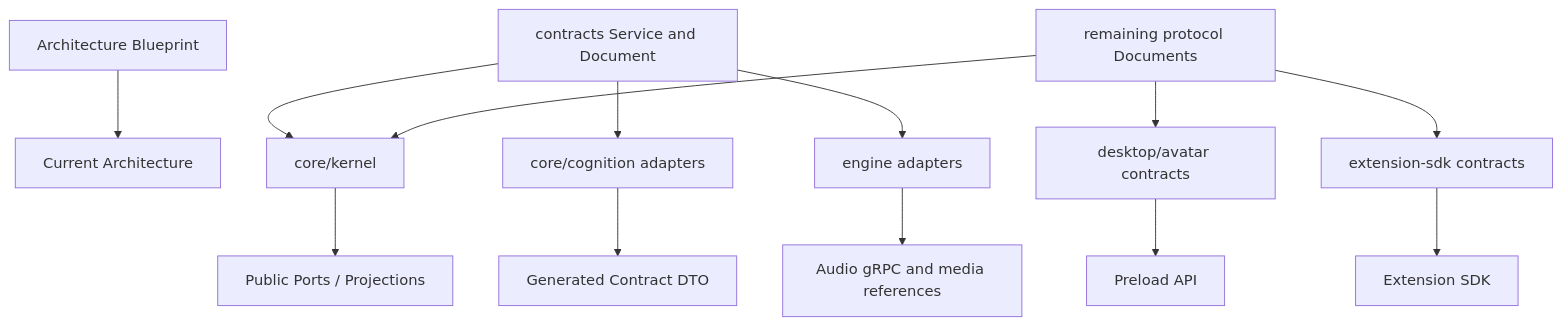
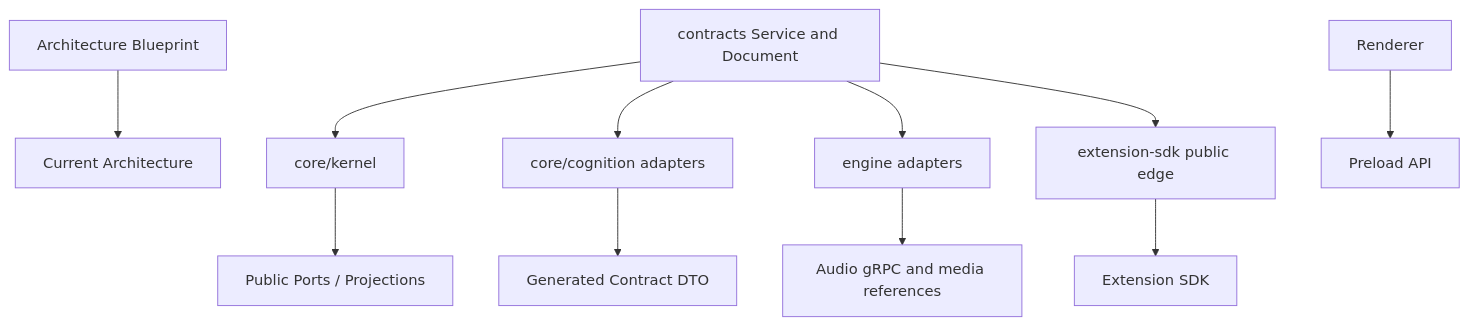
The diagram in docs/architecture/current/04-构件、分层与依赖.md (lociere/glimmer-cradle), drawn with Mermaid before and after one commit. The commit also changed other lines of this file and 494 other files, not shown here.

````diff
--- a/docs/architecture/current/04-构件、分层与依赖.md
+++ b/docs/architecture/current/04-构件、分层与依赖.md
@@ -26,15 +26,13 @@
 ```mermaid
 flowchart TD
   Blueprint[Architecture Blueprint] --> Current[Current Architecture]
   Contracts[contracts Service and Document] --> Kernel[core/kernel]
   Contracts --> Cognition[core/cognition adapters]
   Contracts --> Engines[engine adapters]
-  Protocol[remaining protocol Documents] --> Kernel
-  Protocol --> Renderer[desktop/avatar contracts]
-  Protocol --> Extensions[extension-sdk contracts]
+  Contracts --> Extensions[extension-sdk public edge]
   Kernel --> Ports[Public Ports / Projections]
   Cognition --> Generated[Generated Contract DTO]
   Renderer --> Preload[Preload API]
   Extensions --> SDK[Extension SDK]
   Engines --> EngineProtocol[Audio gRPC and media references]
 ```
````
